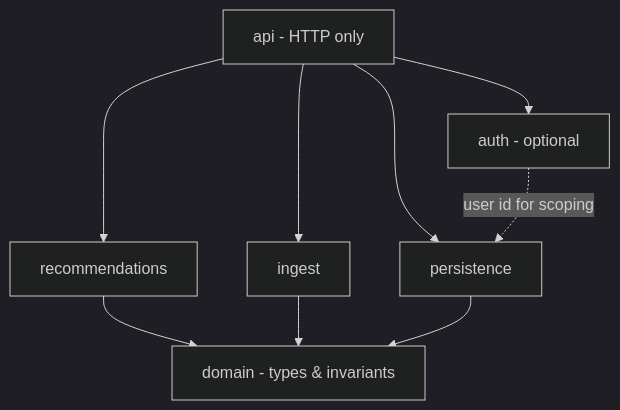
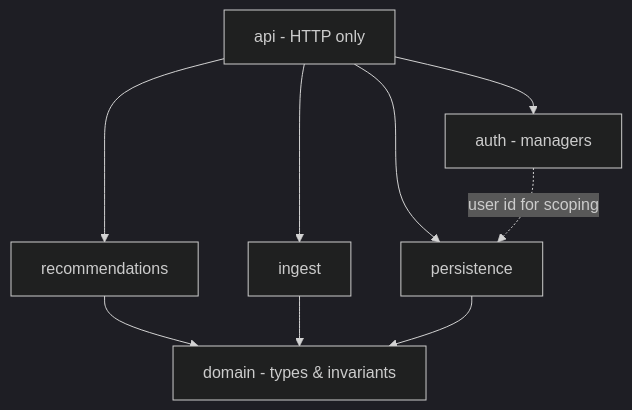
The first of 4 diagrams in plans/league-manager-render-docker.md (sergehb-git/siddfinch), drawn with Mermaid (dark theme) before and after one commit. The commit also changed other lines of this file, not shown here.

````diff
--- a/plans/league-manager-render-docker.md
+++ b/plans/league-manager-render-docker.md
@@ -70,18 +74,18 @@
 ```mermaid
 flowchart TB
   API[api - HTTP only]
   REC[recommendations]
   DOM[domain - types & invariants]
   ING[ingest]
   PER[persistence]
-  AUTH[auth - optional]
+  AUTH[auth - managers]
 
   API --> REC
   API --> ING
   API --> PER
   API --> AUTH
   REC --> DOM
   ING --> DOM
   PER --> DOM
   AUTH -.->|user id for scoping| PER
 ```
````
